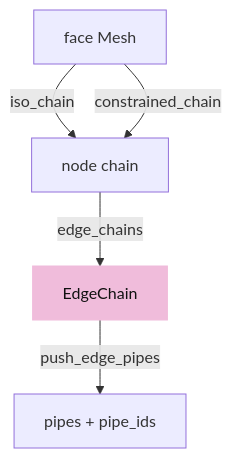
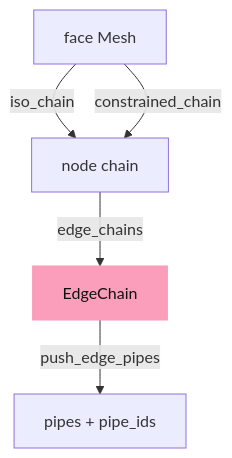
The seventh of 10 diagrams in session_viewer/docs/07-boundaries.md (petrasvestartas/session), drawn with Mermaid before and after one commit. The commit also changed other lines of this file and 328 other files, not shown here.

First line of the commit message:
Course: the palette you sent, and mermaid drawn like the drawings

````diff
--- a/session_viewer/docs/07-boundaries.md
+++ b/session_viewer/docs/07-boundaries.md
@@ -153,8 +153,8 @@
 ```mermaid
 flowchart TB
     F["face Mesh"] -- "iso_chain" --> C["node chain"]
     F -- "constrained_chain" --> C
     C -- "edge_chains" --> E["EdgeChain"]
     E -- "push_edge_pipes" --> P["pipes + pipe_ids"]
-    style E fill:#f0bcdb,stroke:#f0bcdb,color:#111
+    style E fill:#fa9ebc,stroke:#fa9ebc,color:#111
 ```
````
